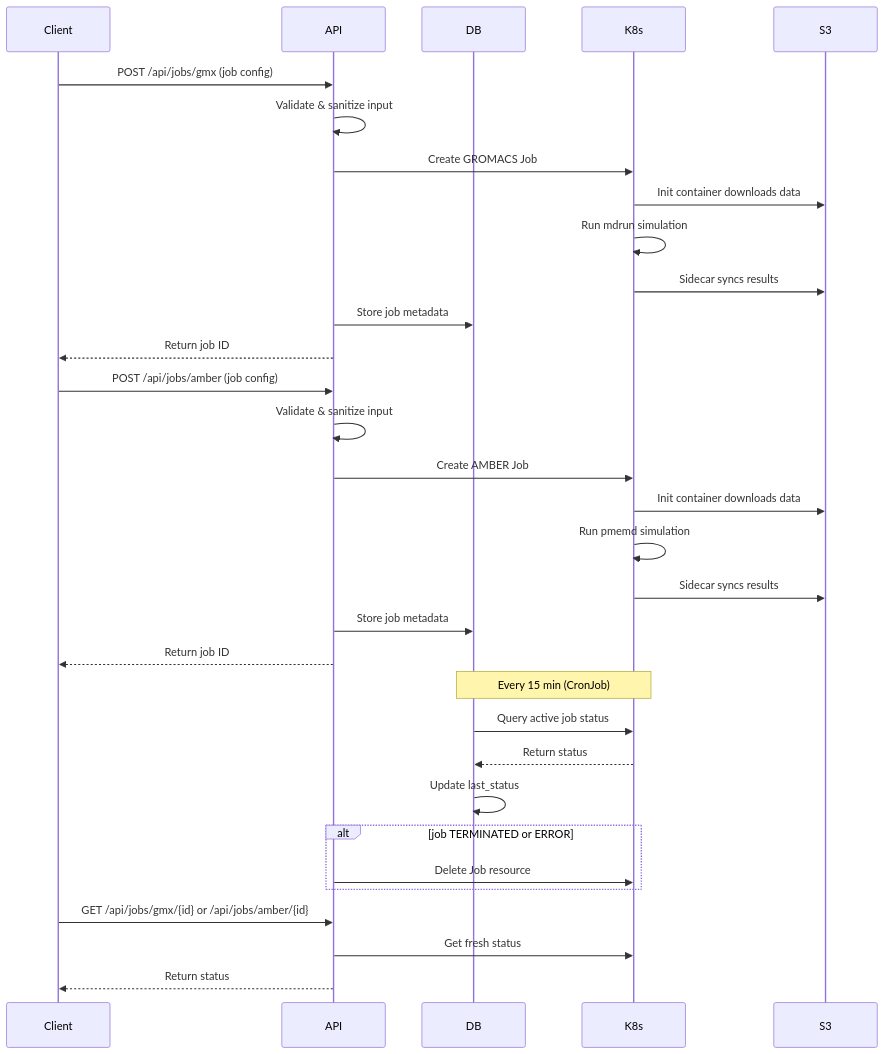
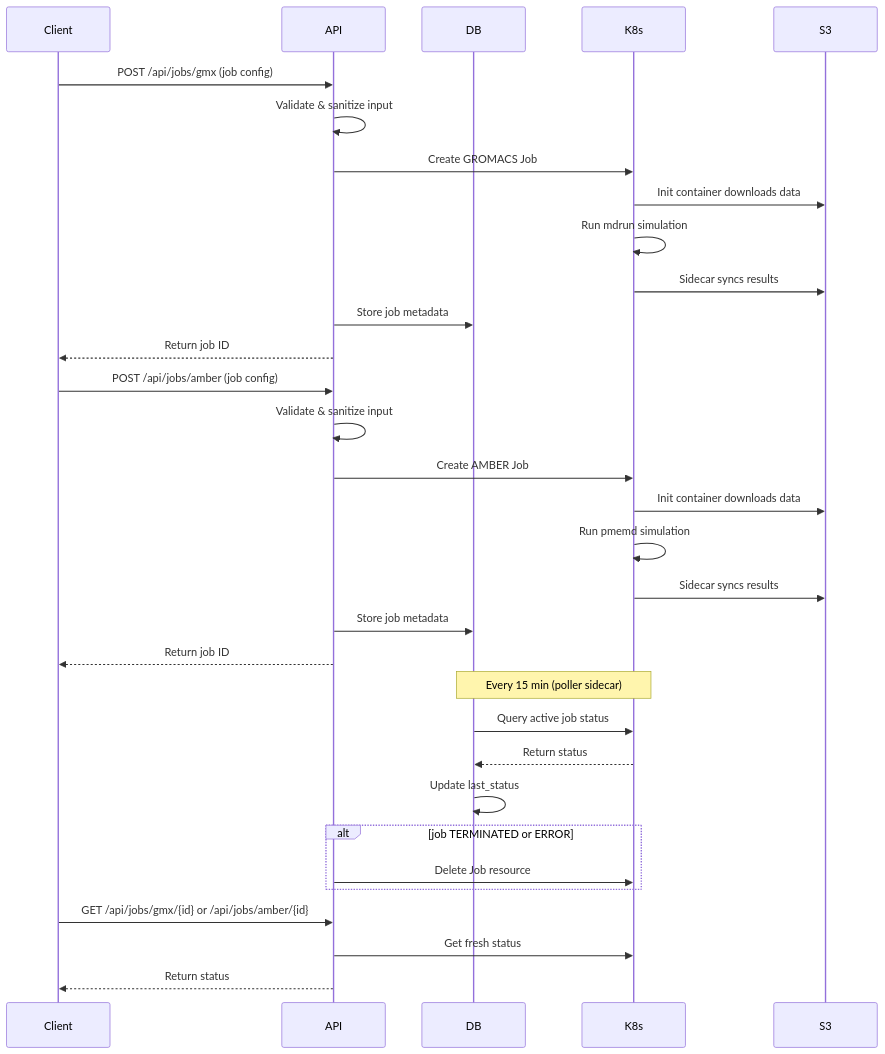
One commit to CERIT-SC/mddash changed the diagram in mdrun-api/AGENTS.md. Above: the diagram before and after it, drawn with Mermaid. The commit also changed other lines of this file and 11 other files, not shown here.

First line of the commit message:
fix(mdrun-api): Move SQLite DB to local storage and poller to sidecar

````diff
--- a/mdrun-api/AGENTS.md
+++ b/mdrun-api/AGENTS.md
@@ -29,38 +29,38 @@
 ```mermaid
 sequenceDiagram
     participant Client
     participant API
     participant DB
     participant K8s
     participant S3
 
     Client->>API: POST /api/jobs/gmx (job config)
     API->>API: Validate & sanitize input
     API->>K8s: Create GROMACS Job
     K8s->>S3: Init container downloads data
     K8s->>K8s: Run mdrun simulation
     K8s->>S3: Sidecar syncs results
     API->>DB: Store job metadata
     API-->>Client: Return job ID
 
     Client->>API: POST /api/jobs/amber (job config)
     API->>API: Validate & sanitize input
     API->>K8s: Create AMBER Job
     K8s->>S3: Init container downloads data
     K8s->>K8s: Run pmemd simulation
     K8s->>S3: Sidecar syncs results
     API->>DB: Store job metadata
     API-->>Client: Return job ID
 
-    Note over DB,K8s: Every 15 min (CronJob)
+    Note over DB,K8s: Every 15 min (poller sidecar)
     DB->>K8s: Query active job status
     K8s-->>DB: Return status
     DB->>DB: Update last_status
     alt job TERMINATED or ERROR
         API->>K8s: Delete Job resource
     end
 
     Client->>API: GET /api/jobs/gmx/{id} or /api/jobs/amber/{id}
     API->>K8s: Get fresh status
     API-->>Client: Return status
 ```
````
